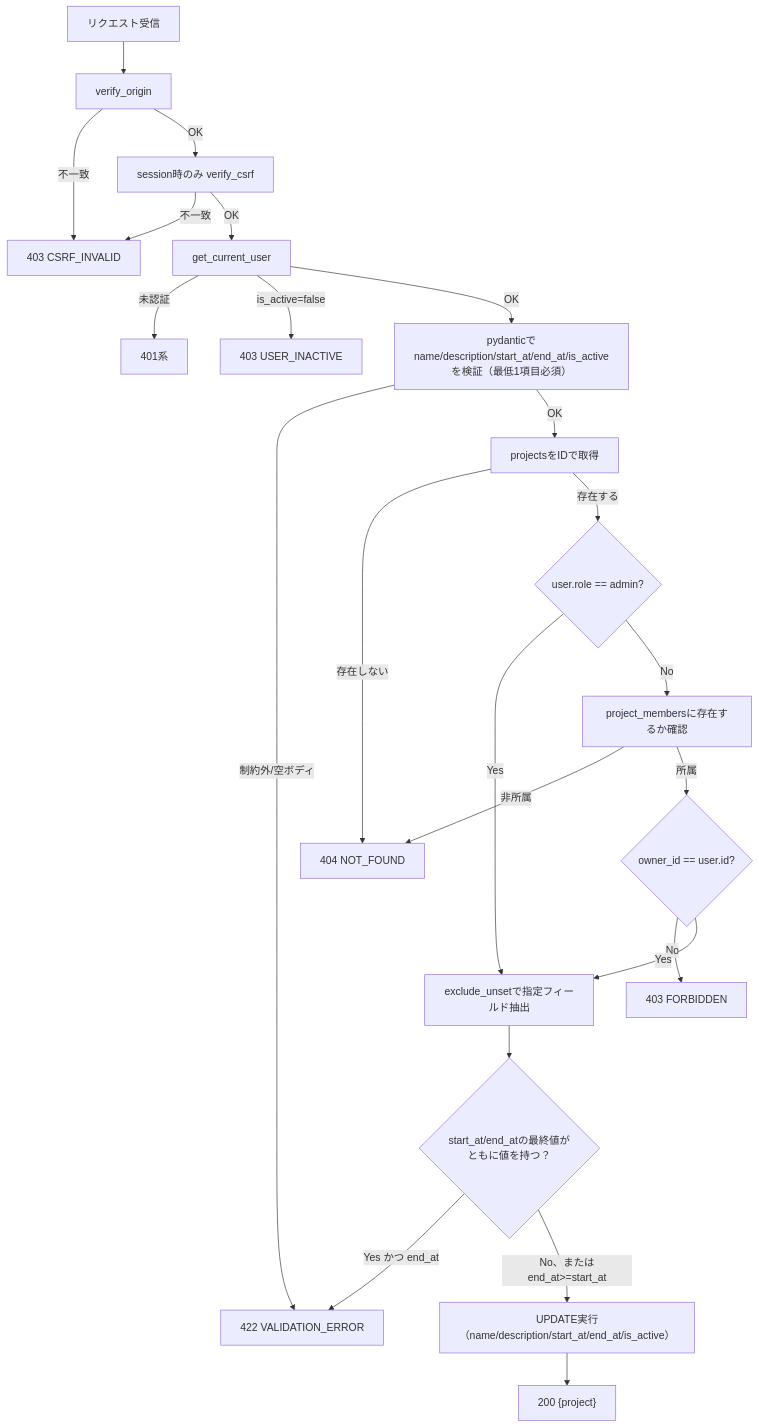
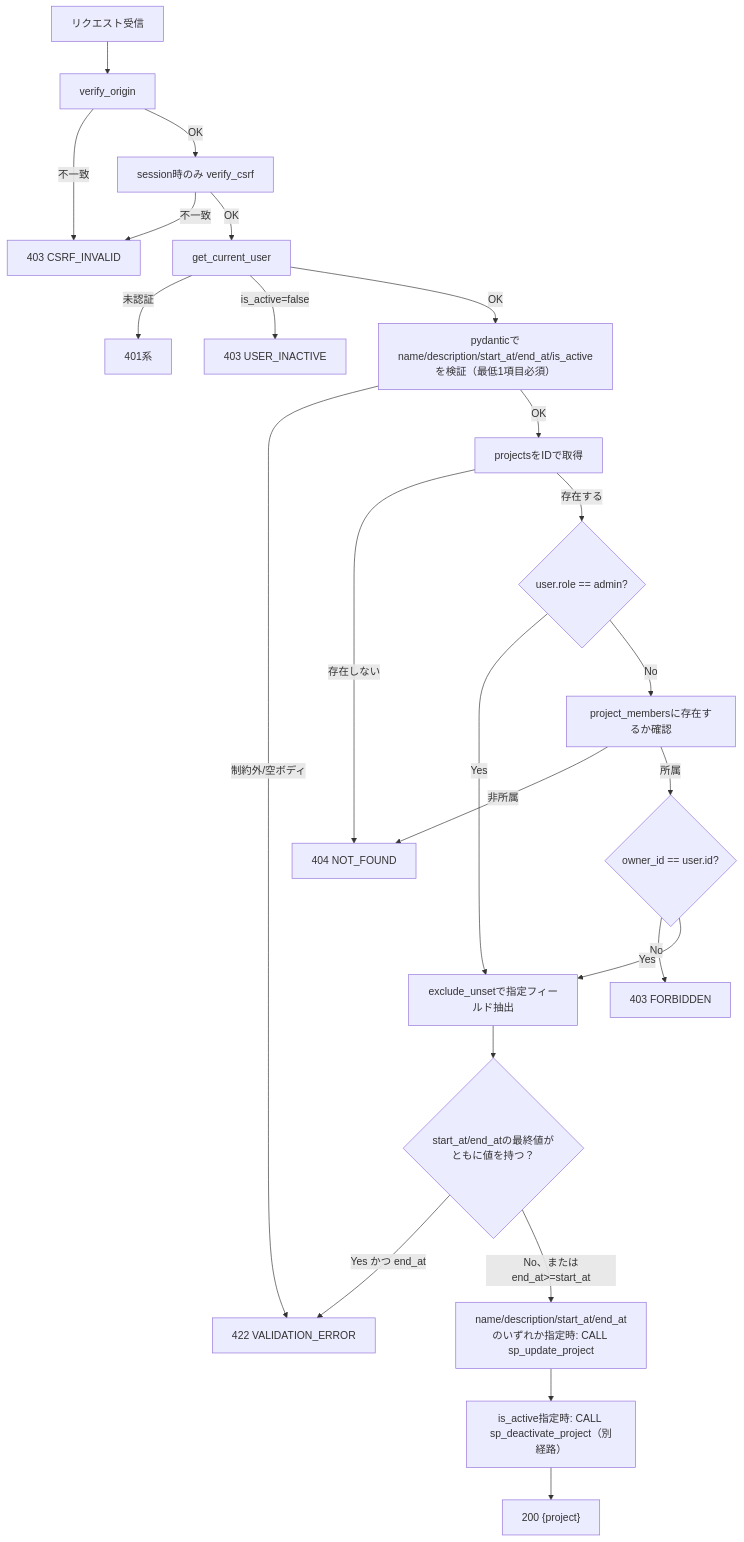
Before and after one commit to oikawa-d/task_management: the second of 4 diagrams in detailed_design/api/projects/04_patch_project.md, drawn with Mermaid. The commit also changed other lines of this file and 5 other files, not shown here.

````diff
--- a/detailed_design/api/projects/04_patch_project.md
+++ b/detailed_design/api/projects/04_patch_project.md
@@ -138,25 +148,26 @@
 ```mermaid
 flowchart TB
     A["リクエスト受信"] --> B["verify_origin"]
     B -->|"不一致"| B1["403 CSRF_INVALID"]
     B -->|"OK"| C["session時のみ verify_csrf"]
     C -->|"不一致"| B1
     C -->|"OK"| D["get_current_user"]
     D -->|"未認証"| D1["401系"]
     D -->|"is_active=false"| D2["403 USER_INACTIVE"]
     D -->|"OK"| E["pydanticでname/description/start_at/end_at/is_activeを検証（最低1項目必須）"]
     E -->|"制約外/空ボディ"| E1["422 VALIDATION_ERROR"]
     E -->|"OK"| F["projectsをIDで取得"]
     F -->|"存在しない"| F1["404 NOT_FOUND"]
     F -->|"存在する"| G{"user.role == admin?"}
     G -->|"Yes"| H["exclude_unsetで指定フィールド抽出"]
     G -->|"No"| I["project_membersに存在するか確認"]
     I -->|"非所属"| F1
     I -->|"所属"| J{"owner_id == user.id?"}
     J -->|"No"| J1["403 FORBIDDEN"]
     J -->|"Yes"| H
     H --> H1{"start_at/end_atの最終値がともに値を持つ？"}
     H1 -->|"Yes かつ end_at<start_at"| E1
-    H1 -->|"No、またはend_at>=start_at"| K["UPDATE実行（name/description/start_at/end_at/is_active）"]
-    K --> L["200 {project}"]
+    H1 -->|"No、またはend_at>=start_at"| K["name/description/start_at/end_atのいずれか指定時: CALL sp_update_project"]
+    K --> K2["is_active指定時: CALL sp_deactivate_project（別経路）"]
+    K2 --> L["200 {project}"]
 ```
````
